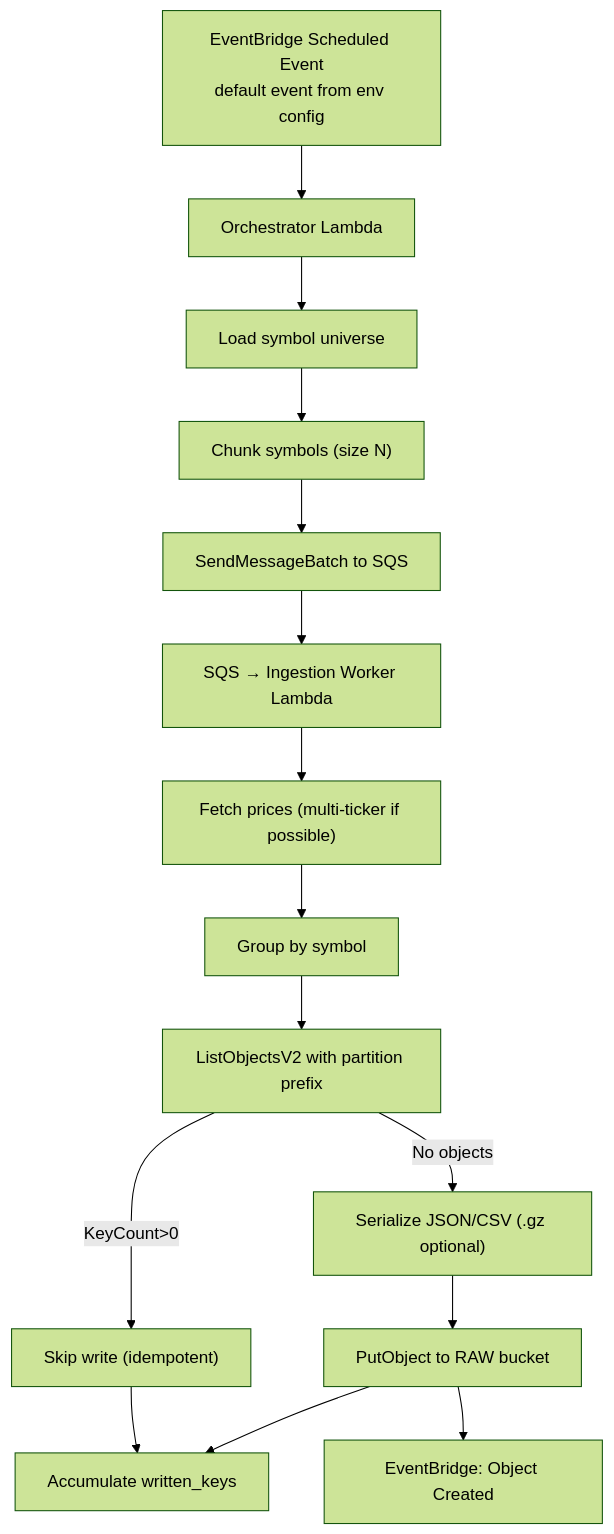
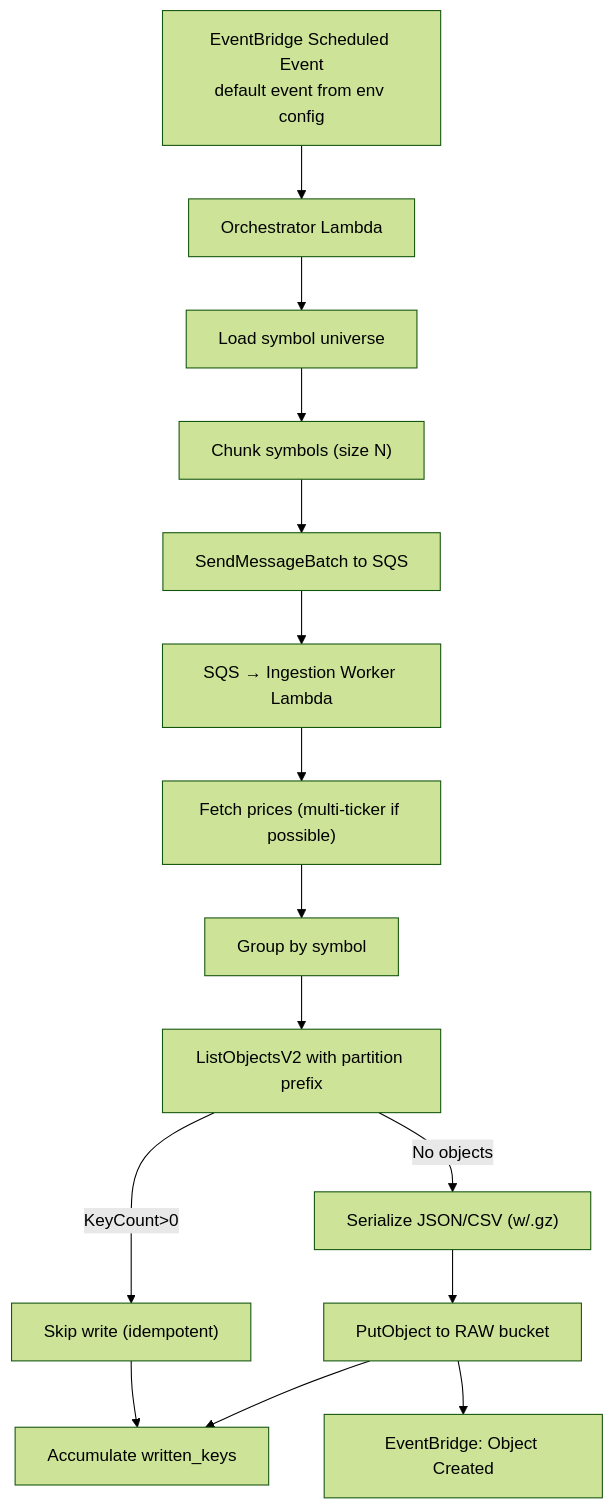
One commit to keemgdeok/fin-forge-pipeline changed the diagram in docs/diagrams/extract/02-flow.md. Above: the diagram before and after it, drawn with Mermaid (forest theme). The commit also changed 10 other files, not shown here.

Commit message:
feat: add generate-svgs.sh -> auto generate mermaid diagrams

````diff
--- a/docs/diagrams/extract/02-flow.md
+++ b/docs/diagrams/extract/02-flow.md
@@ -1,18 +1,18 @@
 ```mermaid
 flowchart TD
   A["EventBridge Scheduled Event<br/>default event from env config"] --> B["Orchestrator Lambda"]
   B --> C["Load symbol universe"]
   C --> D["Chunk symbols (size N)"]
   D --> E["SendMessageBatch to SQS"]
   E --> F["SQS → Ingestion Worker Lambda"]
   F --> G["Fetch prices (multi-ticker if possible)"]
   G --> H["Group by symbol"]
   H --> I["ListObjectsV2 with partition prefix"]
   I -->|KeyCount>0| J["Skip write (idempotent)"]
-  I -->|No objects| K["Serialize JSON/CSV (.gz optional)"]
+  I -->|No objects| K["Serialize JSON/CSV (w/.gz)"]
   K --> L["PutObject to RAW bucket"]
   J --> M["Accumulate written_keys"]
   L --> M["Accumulate written_keys"]
   L --> R["EventBridge: Object Created"]
 
 ```
````
